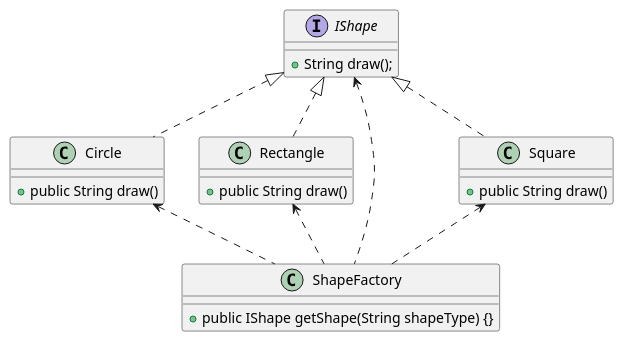
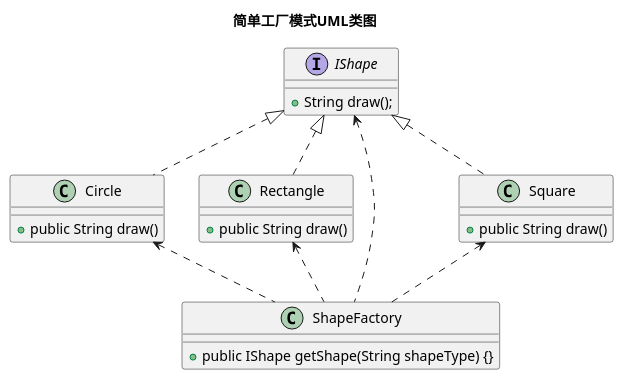
Before and after one commit to ZenSwordzhang/my-jooq: the diagram in docs/uml/simple-factory.puml, drawn with PlantUML. The commit also changed 8 other files, not shown here.

```diff
--- a/docs/uml/simple-factory.puml
+++ b/docs/uml/simple-factory.puml
@@ -1,34 +1,36 @@
 @startuml
+
+Title "简单工厂模式UML类图"
 
 interface IShape
 
 IShape <|.. Circle
 IShape <|.. Rectangle
 'IShape <|.. Square
 
 IShape <.. ShapeFactory
 Circle <.. ShapeFactory
 Rectangle <.. ShapeFactory
 Square <.. ShapeFactory
 
 interface IShape {
     +String draw();
 }
 
 class Circle {
     +public String draw()
 }
 
 class Rectangle {
     +public String draw()
 }
 
 class Square implements IShape {
     +public String draw()
 }
 
 class ShapeFactory {
     +public IShape getShape(String shapeType) {}
 }
 
 @enduml
```
